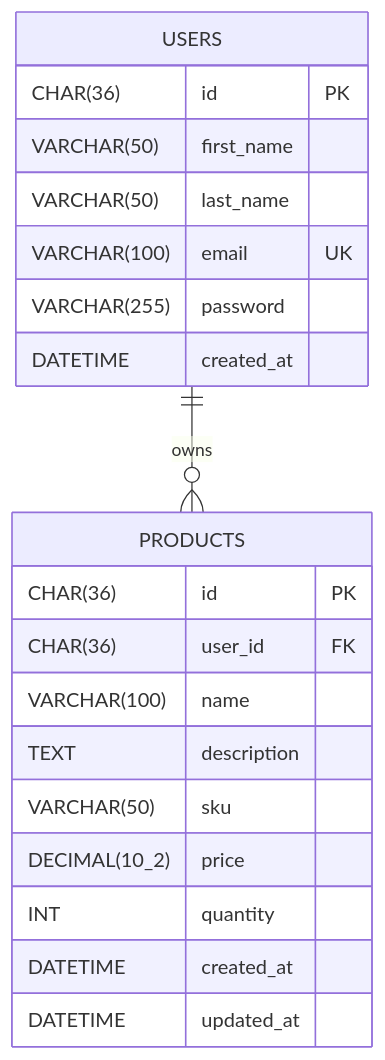
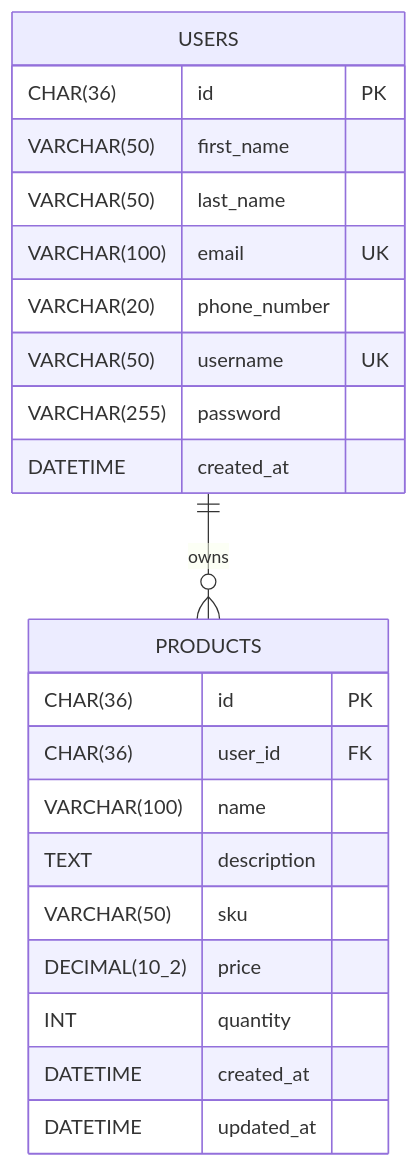
One commit to RCornidez/CST-339 changed the diagram in diagrams/erd.md. Above: the diagram before and after it, drawn with Mermaid. The commit also changed 3 other files, not shown here.

Commit message:
updated the schema.sql, seed.sql, and the diagrams (erd, uml/models) to reflect the proper field structure

````diff
--- a/diagrams/erd.md
+++ b/diagrams/erd.md
@@ -1,25 +1,27 @@
 ```mermaid
 erDiagram
     USERS {
         CHAR(36) id PK
         VARCHAR(50) first_name
         VARCHAR(50) last_name
         VARCHAR(100) email UK
+        VARCHAR(20) phone_number
+        VARCHAR(50) username UK
         VARCHAR(255) password
         DATETIME created_at
     }
 
     PRODUCTS {
         CHAR(36) id PK
         CHAR(36) user_id FK
         VARCHAR(100) name
         TEXT description
         VARCHAR(50) sku
         DECIMAL(10_2) price
         INT quantity
         DATETIME created_at
         DATETIME updated_at
     }
 
     USERS ||--o{ PRODUCTS : "owns"
 ```
````
